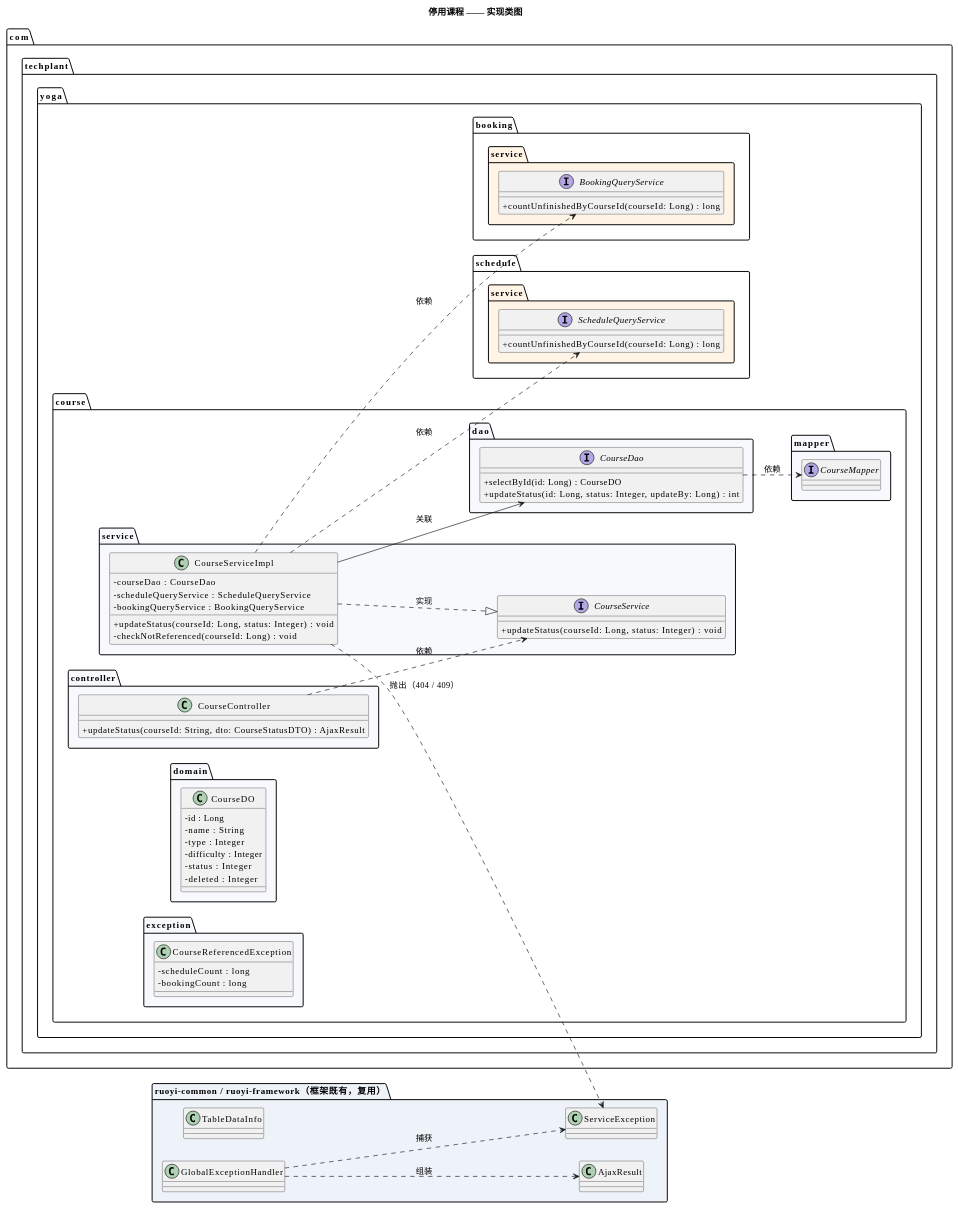
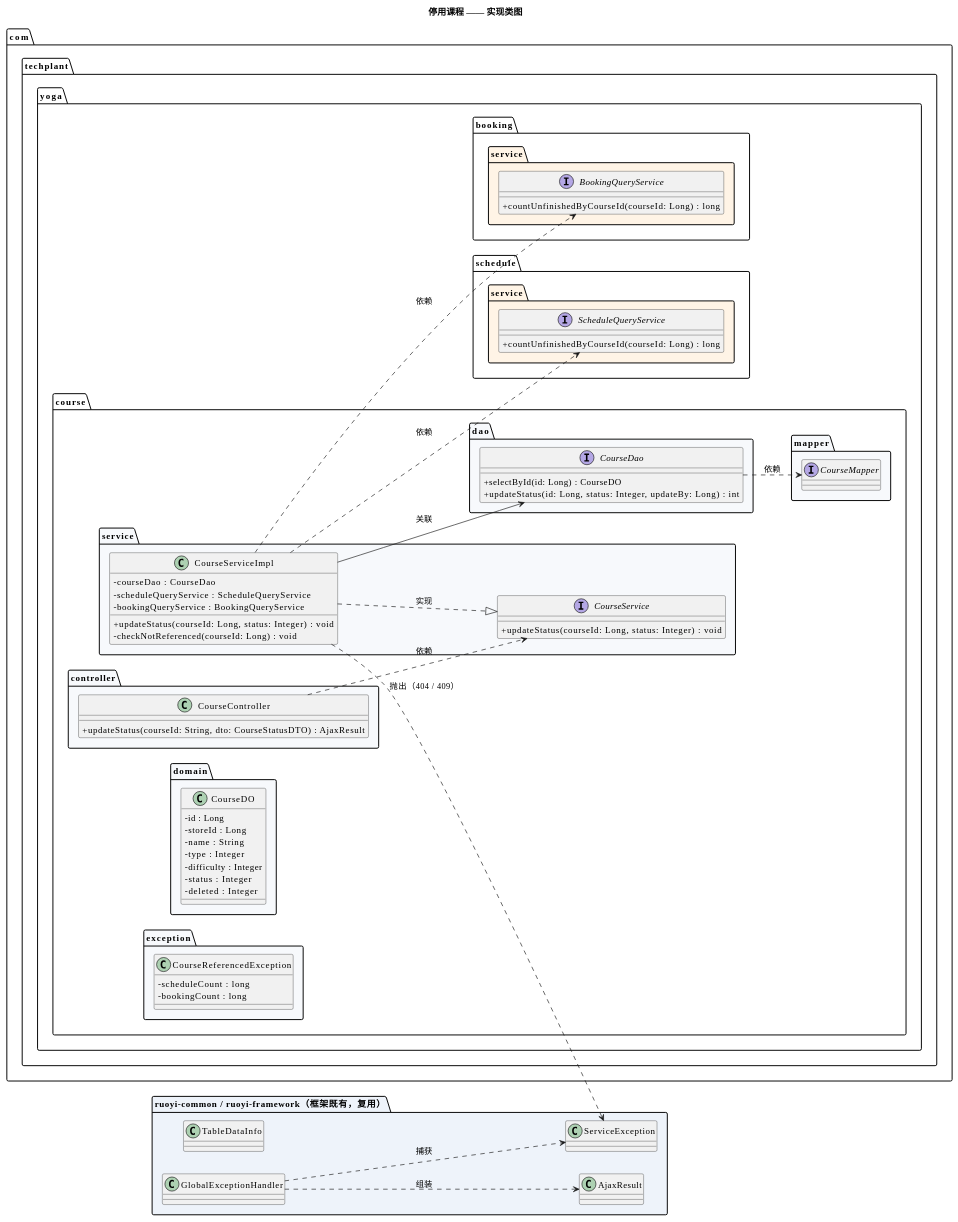
The second of 5 diagrams in docs/详细设计/详细设计.md (duo2530/techplant-yoga), drawn with PlantUML before and after one commit. The commit also changed other lines of this file and 1 other file, not shown here.

````diff
--- a/docs/详细设计/详细设计.md
+++ b/docs/详细设计/详细设计.md
@@ -991,77 +1192,78 @@
 ```plantuml
 @startuml
 title 停用课程 —— 实现类图
 skinparam defaultFontName Microsoft YaHei
 skinparam classAttributeIconSize 0
 left to right direction
 
 package "com.techplant.yoga.course.controller" #F7F9FC {
   class CourseController {
     + updateStatus(courseId: String, dto: CourseStatusDTO) : AjaxResult
   }
 }
 package "com.techplant.yoga.course.service" #F7F9FC {
   interface CourseService {
     + updateStatus(courseId: Long, status: Integer) : void
   }
   class CourseServiceImpl {
     - courseDao : CourseDao
     - scheduleQueryService : ScheduleQueryService
     - bookingQueryService : BookingQueryService
     + updateStatus(courseId: Long, status: Integer) : void
     - checkNotReferenced(courseId: Long) : void
   }
 }
 package "com.techplant.yoga.course.dao" #F7F9FC {
   interface CourseDao {
     + selectById(id: Long) : CourseDO
     + updateStatus(id: Long, status: Integer, updateBy: Long) : int
   }
 }
 package "com.techplant.yoga.course.mapper" #F7F9FC {
   interface CourseMapper
 }
 package "com.techplant.yoga.course.domain" #F7F9FC {
   class CourseDO {
     - id : Long
+    - storeId : Long
     - name : String
     - type : Integer
     - difficulty : Integer
     - status : Integer
     - deleted : Integer
   }
 }
 package "com.techplant.yoga.course.exception" #F7F9FC {
   class CourseReferencedException {
     - scheduleCount : long
     - bookingCount : long
   }
 }
 package "com.techplant.yoga.schedule.service" #FFF4E6 {
   interface ScheduleQueryService {
     + countUnfinishedByCourseId(courseId: Long) : long
   }
 }
 package "com.techplant.yoga.booking.service" #FFF4E6 {
   interface BookingQueryService {
     + countUnfinishedByCourseId(courseId: Long) : long
   }
 }
 package "ruoyi-common / ruoyi-framework（框架既有，复用）" #EEF3FA {
   class AjaxResult
   class TableDataInfo
   class ServiceException
   class GlobalExceptionHandler
 }
 
 CourseController ..> CourseService : 依赖
 CourseServiceImpl ..|> CourseService : 实现
 CourseServiceImpl --> CourseDao : 关联
 CourseDao ..> CourseMapper : 依赖
 CourseServiceImpl ..> ScheduleQueryService : 依赖
 CourseServiceImpl ..> BookingQueryService : 依赖
 CourseServiceImpl ..> ServiceException : 抛出（404 / 409）
 GlobalExceptionHandler ..> ServiceException : 捕获
 GlobalExceptionHandler ..> AjaxResult : 组装
 @enduml
 ```
````
